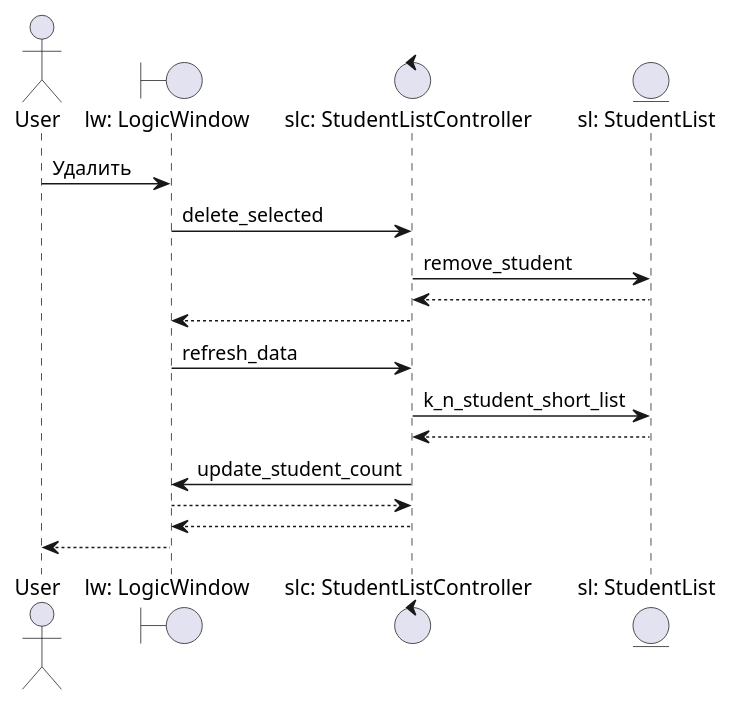
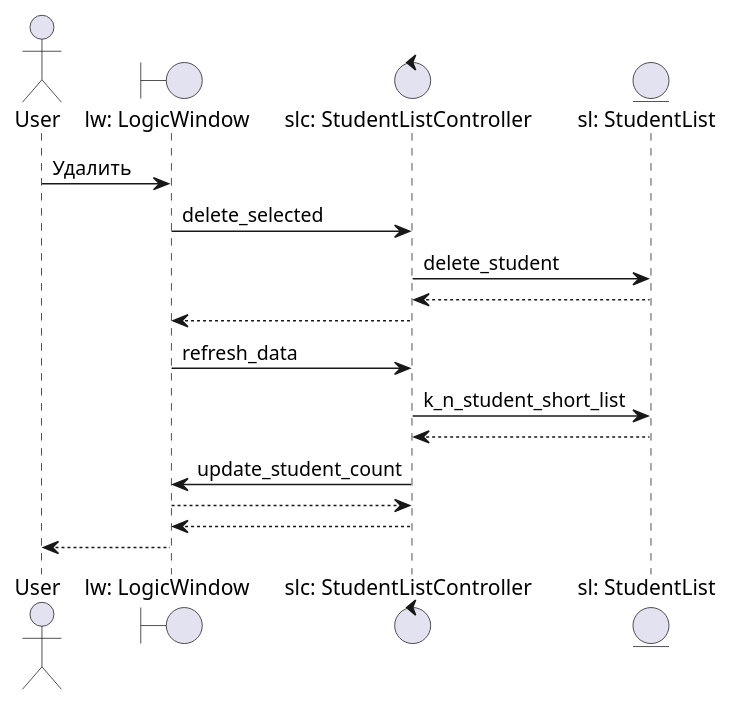
Before and after one commit to yellowcat-dotcom/Ruby: the diagram in Lab_2/Diagrams/delete.puml, drawn with PlantUML. The commit also changed 2 other files, not shown here.

Commit message:
new diagram

```diff
--- a/Lab_2/Diagrams/delete.puml
+++ b/Lab_2/Diagrams/delete.puml
@@ -1,24 +1,24 @@
 @startuml
  'https://plantuml.com/sequence-diagram
 
 
 
  actor       User                        as user
  boundary    "lw: LogicWindow"                   as lw
  control     "slc: StudentListController"        as slc
  entity      "sl: StudentList"           as sl
 
  user -> lw : Удалить
  lw -> slc : delete_selected
- slc -> sl : remove_student
+ slc -> sl : delete_student
  sl --> slc
  slc --> lw
  lw -> slc : refresh_data
  slc -> sl : k_n_student_short_list
  sl --> slc
  slc -> lw : update_student_count
  lw --> slc
  slc --> lw
  lw --> user
 
  @enduml
```
